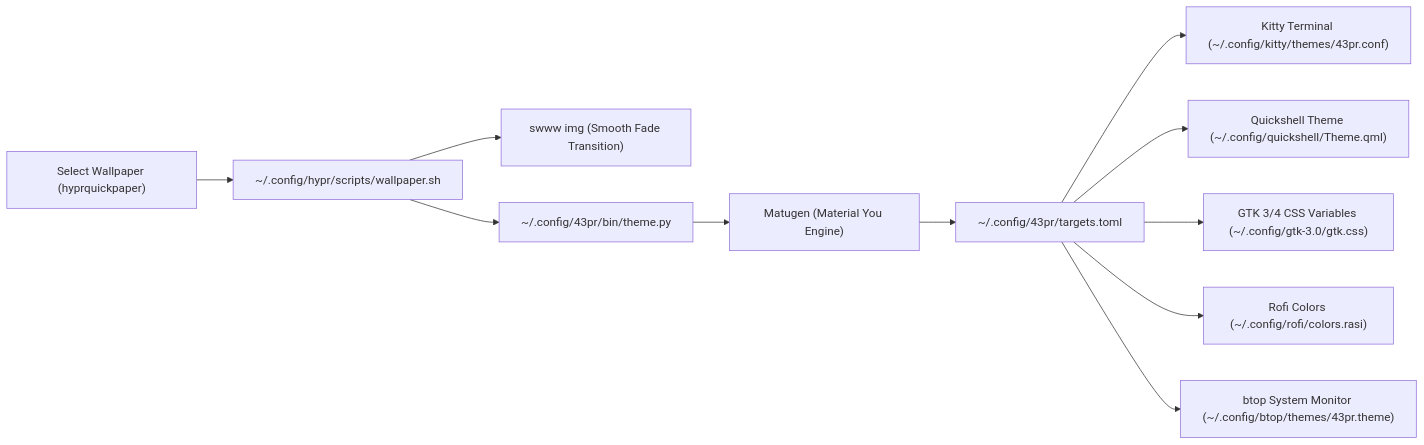
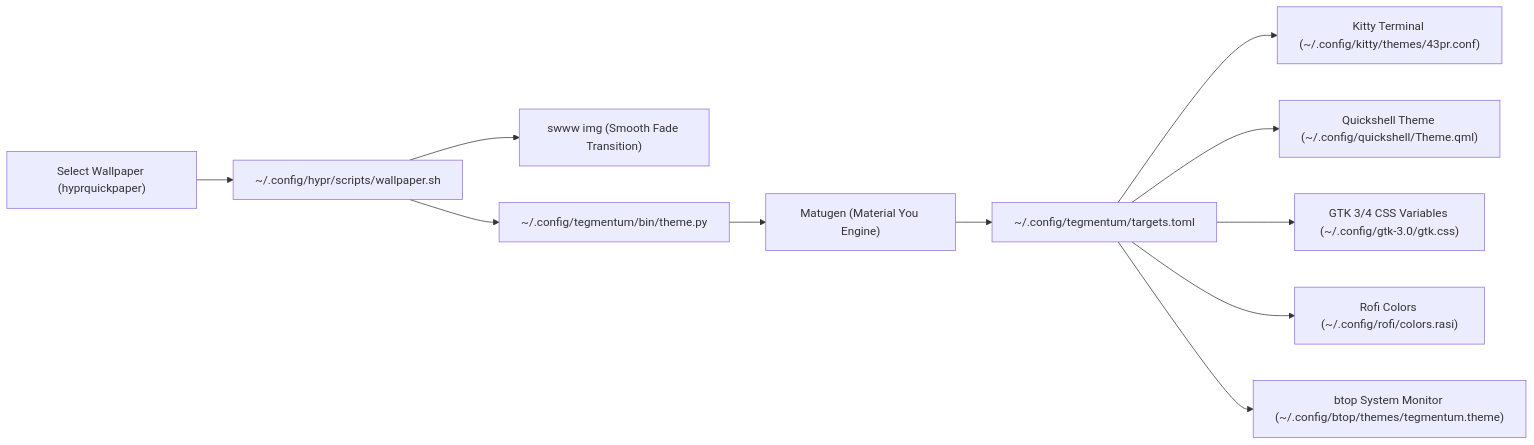
The first of 2 diagrams in docs/SESSION_STORY_AND_CONTEXT.md (vivekananda-2201/Tegmentum-OS), drawn with Mermaid before and after one commit. The commit also changed other lines of this file and 28 other files, not shown here.

Commit message:
feat(theming): migrate core config from 43pr to tegmentum and update system references

````diff
--- a/docs/SESSION_STORY_AND_CONTEXT.md
+++ b/docs/SESSION_STORY_AND_CONTEXT.md
@@ -597,13 +597,13 @@
 ```mermaid
 flowchart LR
     A["Select Wallpaper (hyprquickpaper)"] --> B["~/.config/hypr/scripts/wallpaper.sh"]
     B --> C["swww img (Smooth Fade Transition)"]
-    B --> D["~/.config/43pr/bin/theme.py"]
+    B --> D["~/.config/tegmentum/bin/theme.py"]
     D --> E["Matugen (Material You Engine)"]
-    E --> F["~/.config/43pr/targets.toml"]
+    E --> F["~/.config/tegmentum/targets.toml"]
     F --> G["Kitty Terminal (~/.config/kitty/themes/43pr.conf)"]
     F --> H["Quickshell Theme (~/.config/quickshell/Theme.qml)"]
     F --> I["GTK 3/4 CSS Variables (~/.config/gtk-3.0/gtk.css)"]
     F --> J["Rofi Colors (~/.config/rofi/colors.rasi)"]
-    F --> K["btop System Monitor (~/.config/btop/themes/43pr.theme)"]
+    F --> K["btop System Monitor (~/.config/btop/themes/tegmentum.theme)"]
 ```
````
